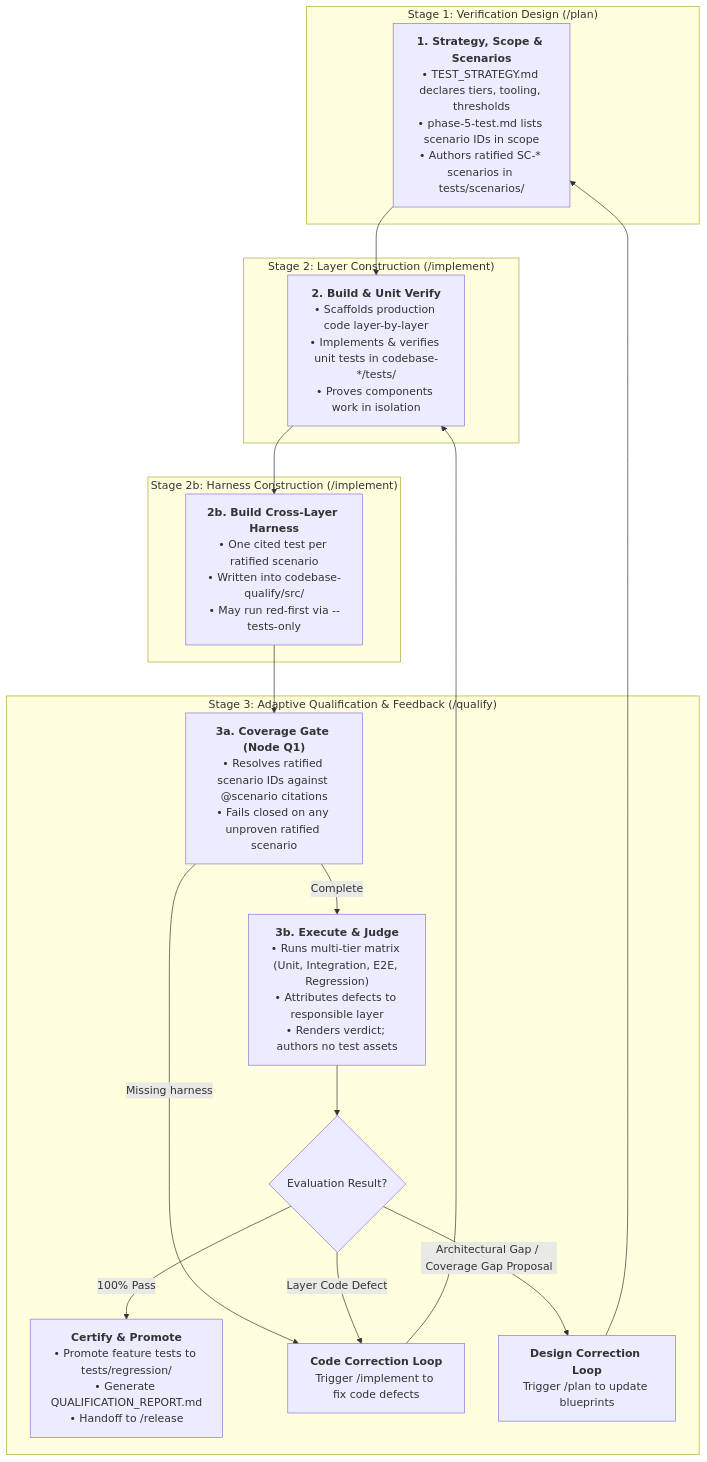
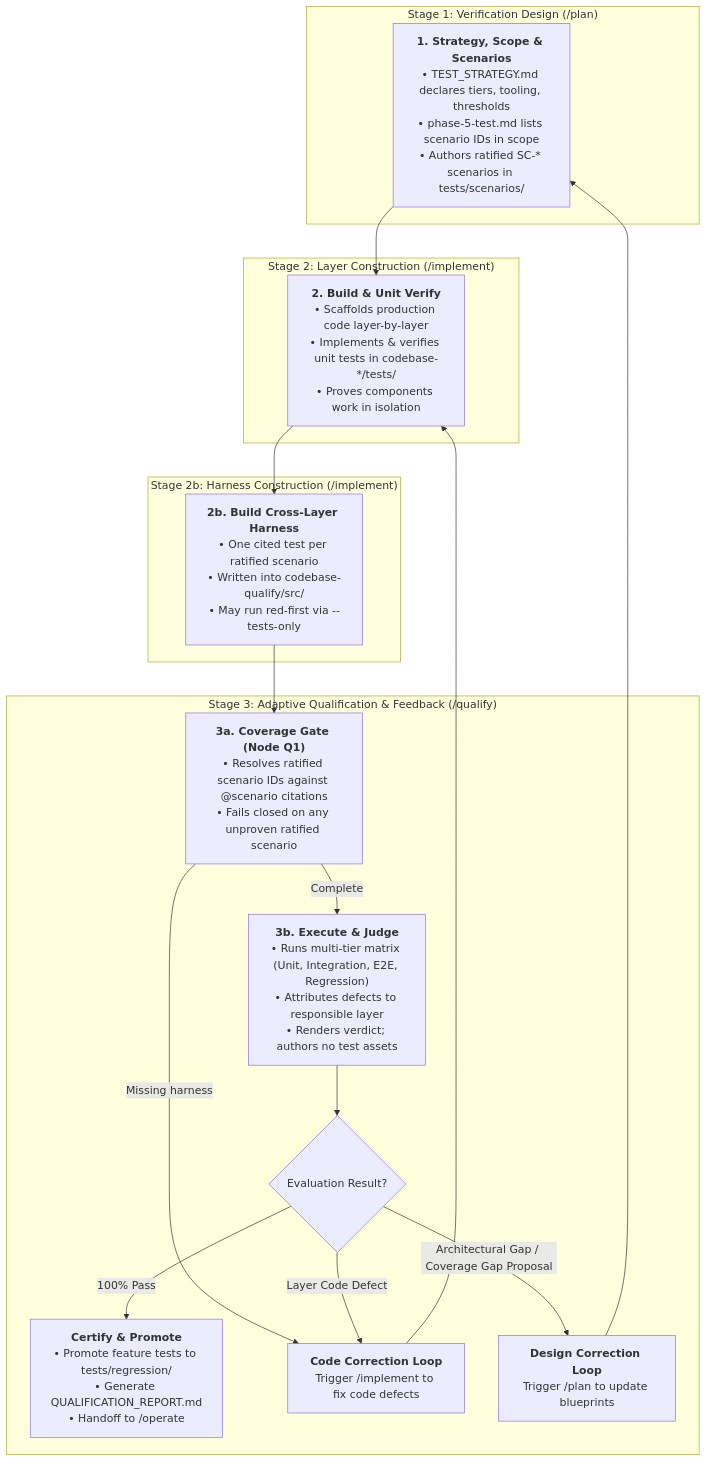
The second of 3 diagrams in actions/qualify/qualify_action.md (hrvthgergo/agent-driven-templates), drawn with Mermaid before and after one commit. The commit also changed other lines of this file and 22 other files, not shown here.

First line of the commit message:
refactor(operate): rename /release action to /operate

````diff
--- a/actions/qualify/qualify_action.md
+++ b/actions/qualify/qualify_action.md
@@ -105,37 +105,37 @@
 ```mermaid
 graph TD
     subgraph S1["Stage 1: Verification Design (/plan)"]
         PlanScope["<b>1. Strategy, Scope & Scenarios</b><br/>• TEST_STRATEGY.md declares tiers, tooling, thresholds<br/>• phase-5-test.md lists scenario IDs in scope<br/>• Authors ratified SC-* scenarios in tests/scenarios/"]
     end
 
     subgraph S2["Stage 2: Layer Construction (/implement)"]
         ImpCode["<b>2. Build & Unit Verify</b><br/>• Scaffolds production code layer-by-layer<br/>• Implements & verifies unit tests in codebase-*/tests/<br/>• Proves components work in isolation"]
     end
 
     subgraph S3["Stage 3: Adaptive Qualification & Feedback (/qualify)"]
         QGate["<b>3a. Coverage Gate (Node Q1)</b><br/>• Resolves ratified scenario IDs against @scenario citations<br/>• Fails closed on any unproven ratified scenario"]
         QExec["<b>3b. Execute & Judge</b><br/>• Runs multi-tier matrix (Unit, Integration, E2E, Regression)<br/>• Attributes defects to responsible layer<br/>• Renders verdict; authors no test assets"]
         
         QEval{Evaluation Result?}
         
-        QPass["<b>Certify & Promote</b><br/>• Promote feature tests to tests/regression/<br/>• Generate QUALIFICATION_REPORT.md<br/>• Handoff to /release"]
+        QPass["<b>Certify & Promote</b><br/>• Promote feature tests to tests/regression/<br/>• Generate QUALIFICATION_REPORT.md<br/>• Handoff to /operate"]
         
         QCodeFix["<b>Code Correction Loop</b><br/>Trigger /implement to fix code defects"]
         QDesignFix["<b>Design Correction Loop</b><br/>Trigger /plan to update blueprints"]
     end
 
     subgraph S2b["Stage 2b: Harness Construction (/implement)"]
         ImpHarness["<b>2b. Build Cross-Layer Harness</b><br/>• One cited test per ratified scenario<br/>• Written into codebase-qualify/src/<br/>• May run red-first via --tests-only"]
     end
 
     PlanScope --> ImpCode
     ImpCode --> ImpHarness
     ImpHarness --> QGate
     QGate -->|Missing harness| QCodeFix
     QGate -->|Complete| QExec
     QExec --> QEval
     
     QEval -->|100% Pass| QPass
     QEval -->|Layer Code Defect| QCodeFix --> ImpCode
     QEval -->|Architectural Gap / Coverage Gap Proposal| QDesignFix --> PlanScope
 ```
````
